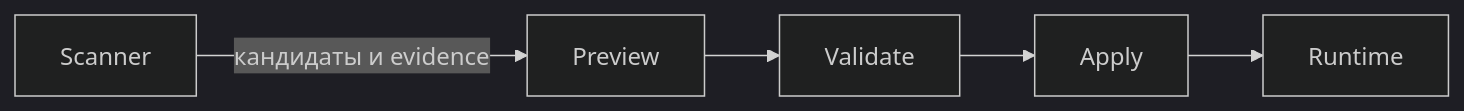
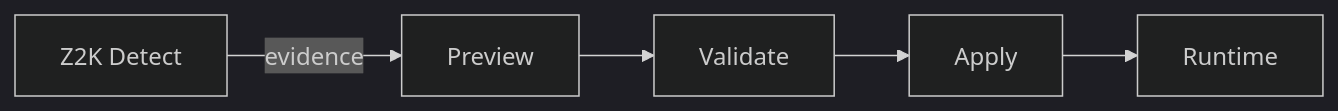
The first of 2 diagrams in README.md (t0fox/zapret2-manager), drawn with Mermaid (dark theme) before and after one commit. The commit also changed other lines of this file and 2 other files, not shown here.

````diff
--- a/README.md
+++ b/README.md
@@ -67,7 +67,7 @@
 ```mermaid
 flowchart LR
-    S["Scanner"] -->|"кандидаты и evidence"| P["Preview"]
+    S["Z2K Detect"] -->|"evidence"| P["Preview"]
     P --> V["Validate"]
     V --> A["Apply"]
     A --> R["Runtime"]
 ```
````
